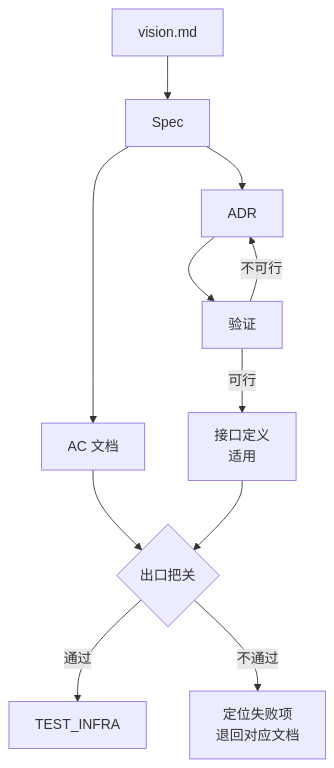
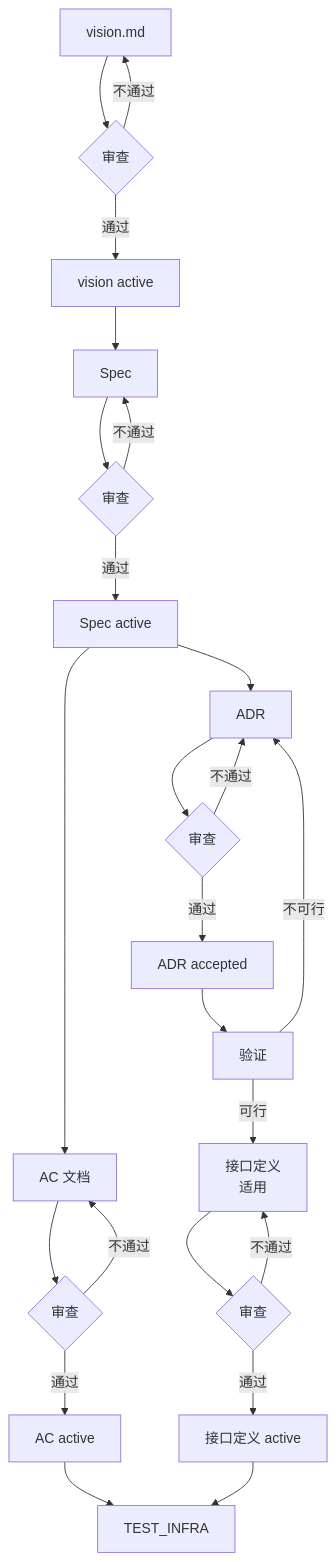
One commit to vlln/devloop changed the diagram in skills/devloop/references/phase-design.md. Above: the diagram before and after it, drawn with Mermaid. The commit also changed other lines of this file and 1 other file, not shown here.

````diff
--- a/skills/devloop/references/phase-design.md
+++ b/skills/devloop/references/phase-design.md
@@ -7,13 +9,23 @@
 ```mermaid
 flowchart TD
-    V[vision.md] --> DS[Spec]
-    DS --> AC[AC 文档]
-    DS --> ADR[ADR]
-    ADR --> VERIFY[验证]
+    V[vision.md] --> VG{审查} -->|通过| VOK[vision active]
+    VG -->|不通过| V
+    VOK --> DS[Spec]
+    DS --> DSG{审查} -->|通过| DSOK[Spec active]
+    DSG -->|不通过| DS
+    DSOK --> AC[AC 文档]
+    DSOK --> ADR[ADR]
+    AC --> ACG{审查}
+    ADR --> ADRG{审查}
+    ACG -->|通过| ACOK[AC active]
+    ADRG -->|通过| ADROK[ADR accepted]
+    ACG -->|不通过| AC
+    ADRG -->|不通过| ADR
+    ADROK --> VERIFY[验证]
     VERIFY -->|可行| IF[接口定义<br/>适用]
     VERIFY -->|不可行| ADR
-    AC --> G{出口把关}
-    IF --> G
-    G -->|通过| TST[TEST_INFRA]
-    G -->|不通过| FIX[定位失败项<br/>退回对应文档]
+    IF --> IFG{审查} -->|通过| IFOK[接口定义 active]
+    IFG -->|不通过| IF
+    ACOK --> TST[TEST_INFRA]
+    IFOK --> TST
 ```
````
